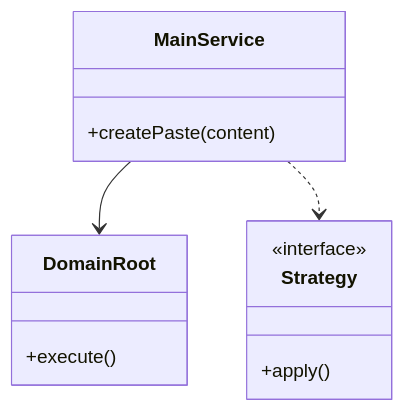
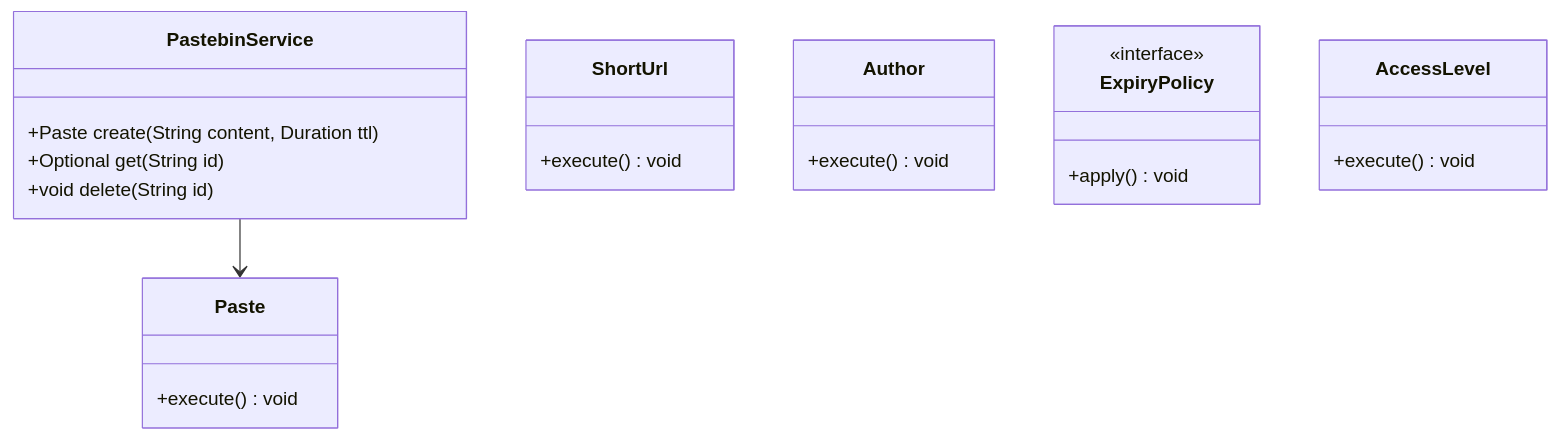
The first of 3 diagrams in Learn/System Design - Low Level Design/02-classic-ood/questions/Q62-pastebin-ood.md (madhupaila/Interview-Prep-SSE), drawn with Mermaid before and after one commit. The commit also changed other lines of this file and 491 other files, not shown here.

````diff
--- a/Learn/System Design - Low Level Design/02-classic-ood/questions/Q62-pastebin-ood.md
+++ b/Learn/System Design - Low Level Design/02-classic-ood/questions/Q62-pastebin-ood.md
@@ -74,15 +92,25 @@
 ```mermaid
 classDiagram
-    class MainService {
-        +createPaste(content)
+    class PastebinService {
+        +Paste create(String content, Duration ttl)
+        +Optional<Paste> get(String id)
+        +void delete(String id)
     }
-    class DomainRoot {
-        +execute()
+    class Paste {
+        +execute() void
     }
-    class Strategy {
+    class ShortUrl {
+        +execute() void
+    }
+    class Author {
+        +execute() void
+    }
+    class ExpiryPolicy {
         <<interface>>
-        +apply()
+        +apply() void
     }
-    MainService --> DomainRoot
-    MainService ..> Strategy
+    class AccessLevel {
+        +execute() void
+    }
+    PastebinService --> Paste
 ```
````
